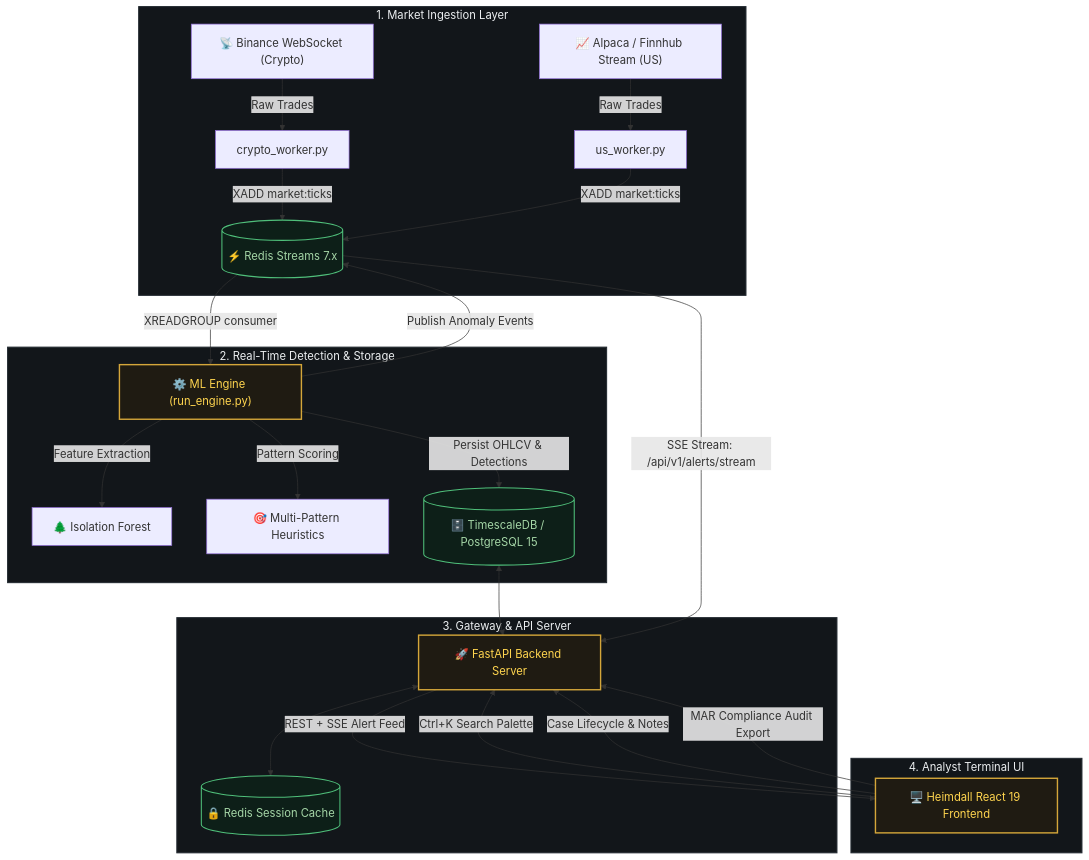
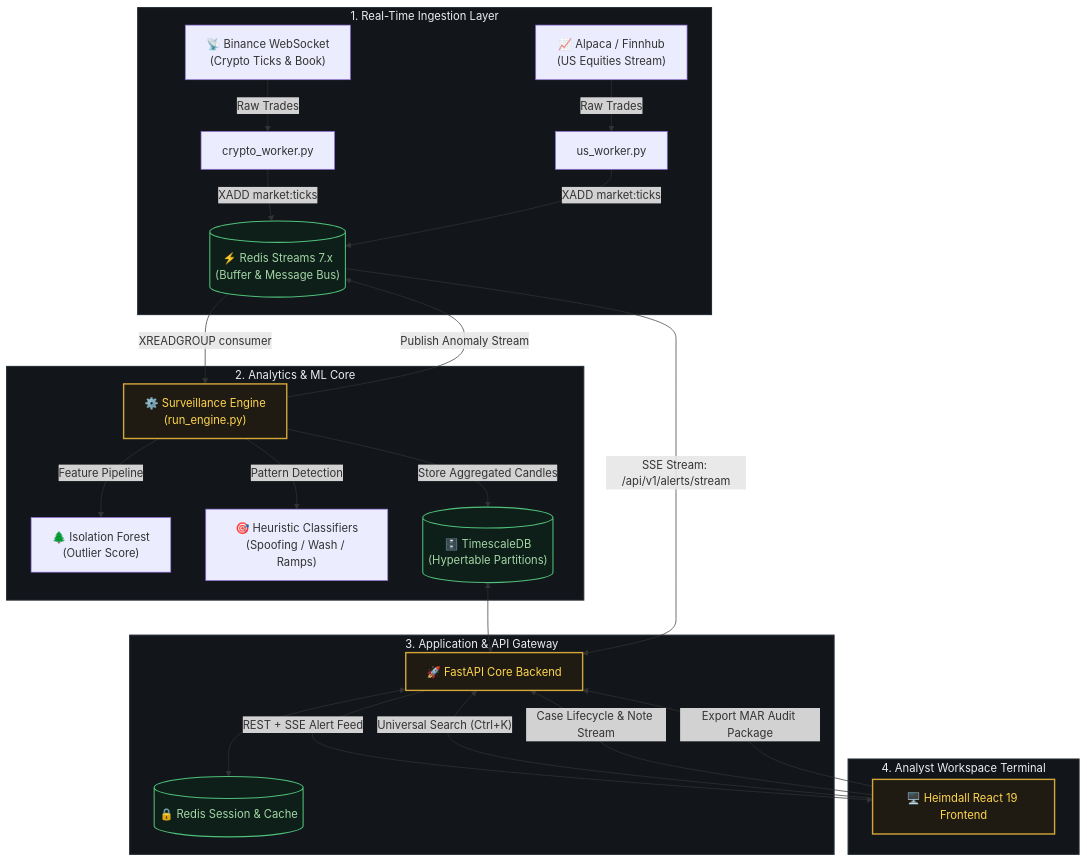
Before and after one commit to prathamkariya/Heimdall: the first of 2 diagrams in README.md, drawn with Mermaid. The commit also changed other lines of this file, not shown here.

Commit message:
docs: elevate README to flagship enterprise open-source standard with executive summary, benchmarks, roadmap, and security model

````diff
--- a/README.md
+++ b/README.md
@@ -117,37 +105,37 @@
 ```mermaid
 flowchart TD
-    subgraph S1["1. Market Ingestion Layer"]
-        A1["📡 Binance WebSocket (Crypto)"] -->|Raw Trades| W1["crypto_worker.py"]
-        A2["📈 Alpaca / Finnhub Stream (US)"] -->|Raw Trades| W2["us_worker.py"]
-        W1 -->|"XADD market:ticks"| RS[("⚡ Redis Streams 7.x")]
+    subgraph S1["1. Real-Time Ingestion Layer"]
+        A1["📡 Binance WebSocket<br/>(Crypto Ticks & Book)"] -->|Raw Trades| W1["crypto_worker.py"]
+        A2["📈 Alpaca / Finnhub<br/>(US Equities Stream)"] -->|Raw Trades| W2["us_worker.py"]
+        W1 -->|"XADD market:ticks"| RS[("⚡ Redis Streams 7.x<br/>(Buffer & Message Bus)")]
         W2 -->|"XADD market:ticks"| RS
     end
 
-    subgraph S2["2. Real-Time Detection & Storage"]
-        RS -->|"XREADGROUP consumer"| ML["⚙️ ML Engine (run_engine.py)"]
-        ML -->|"Feature Extraction"| IF["🌲 Isolation Forest"]
-        ML -->|"Pattern Scoring"| MP["🎯 Multi-Pattern Heuristics"]
-        ML -->|"Persist OHLCV & Detections"| TS[("🗄️ TimescaleDB / PostgreSQL 15")]
-        ML -->|"Publish Anomaly Events"| RS
+    subgraph S2["2. Analytics & ML Core"]
+        RS -->|"XREADGROUP consumer"| ML["⚙️ Surveillance Engine<br/>(run_engine.py)"]
+        ML -->|"Feature Pipeline"| IF["🌲 Isolation Forest<br/>(Outlier Score)"]
+        ML -->|"Pattern Detection"| MP["🎯 Heuristic Classifiers<br/>(Spoofing / Wash / Ramps)"]
+        ML -->|"Store Aggregated Candles"| TS[("🗄️ TimescaleDB<br/>(Hypertable Partitions)")]
+        ML -->|"Publish Anomaly Stream"| RS
     end
 
-    subgraph S3["3. Gateway & API Server"]
-        TS <--> API["🚀 FastAPI Backend Server"]
+    subgraph S3["3. Application & API Gateway"]
+        TS <--> API["🚀 FastAPI Core Backend"]
         RS -->|"SSE Stream: /api/v1/alerts/stream"| API
-        API <--> RC[("🔒 Redis Session Cache")]
+        API <--> RC[("🔒 Redis Session & Cache")]
     end
 
-    subgraph S4["4. Analyst Terminal UI"]
+    subgraph S4["4. Analyst Workspace Terminal"]
         API -->|"REST + SSE Alert Feed"| UI["🖥️ Heimdall React 19 Frontend"]
-        UI -->|"Ctrl+K Search Palette"| API
-        UI -->|"Case Lifecycle & Notes"| API
-        UI -->|"MAR Compliance Audit Export"| API
+        UI -->|"Universal Search (Ctrl+K)"| API
+        UI -->|"Case Lifecycle & Note Stream"| API
+        UI -->|"Export MAR Audit Package"| API
     end
 
     classDef darkBox fill:#12161A,stroke:#232A31,stroke-width:1.5px,color:#ECEFF1;
     classDef goldBox fill:#1F1B12,stroke:#D4A63A,stroke-width:2px,color:#FFD54F;
     classDef accentBox fill:#0D1F18,stroke:#4FBF7A,stroke-width:1.5px,color:#A5D6A7;
     class S1,S2,S3,S4 darkBox;
     class ML,API,UI goldBox;
     class RS,TS,RC accentBox;
 ```
````
